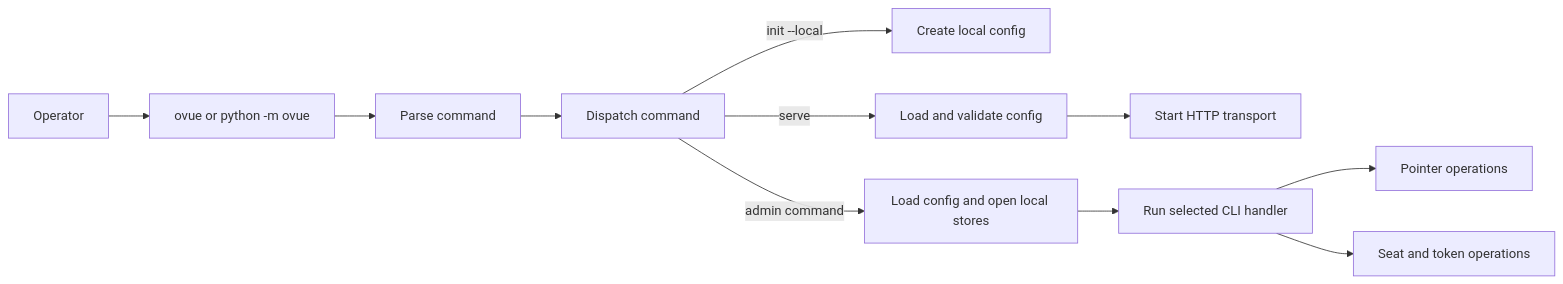
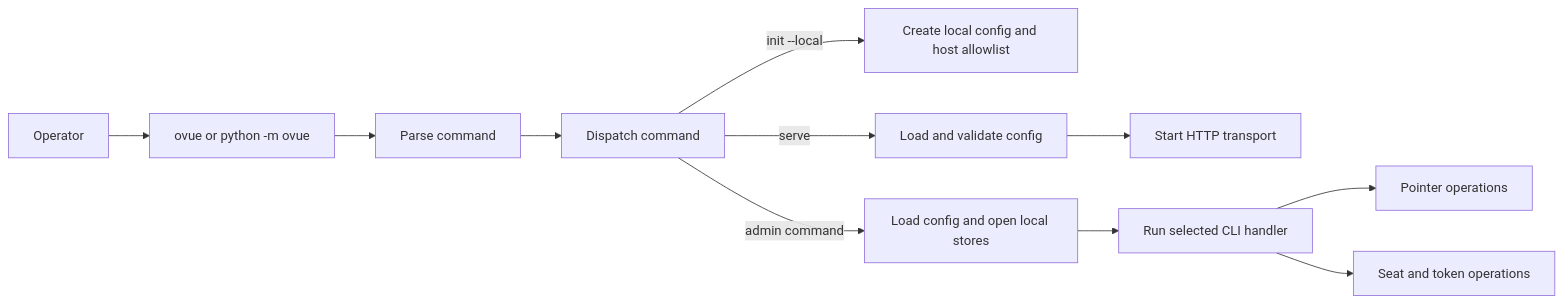
Before and after one commit to afroguy16/ovue: the diagram in ovue/cli/spec.md, drawn with Mermaid. The commit also changed other lines of this file and 1 other file, not shown here.

Commit message:
docs(cli): specify local host allowlist setup

````diff
--- a/ovue/cli/spec.md
+++ b/ovue/cli/spec.md
@@ -34,13 +34,13 @@
 ```mermaid
 flowchart LR
     Operator[Operator] --> Entry[ovue or python -m ovue]
     Entry --> Parser[Parse command]
     Parser --> Dispatch[Dispatch command]
-    Dispatch -->|init --local| LocalConfig[Create local config]
+    Dispatch -->|init --local| LocalConfig[Create local config and host allowlist]
     Dispatch -->|serve| Settings[Load and validate config]
     Settings --> HTTP[Start HTTP transport]
     Dispatch -->|admin command| Context[Load config and open local stores]
     Context --> Commands[Run selected CLI handler]
     Commands --> Operations[Pointer operations]
     Commands --> Seats[Seat and token operations]
 ```
````
